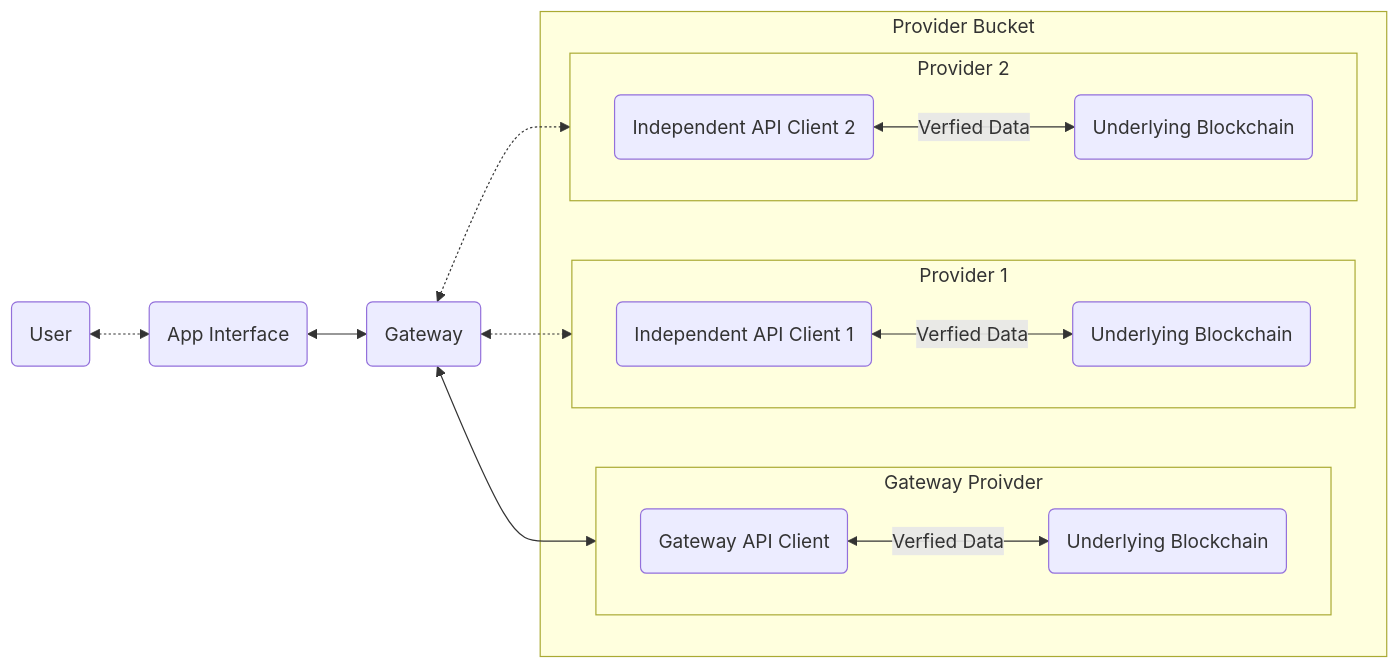
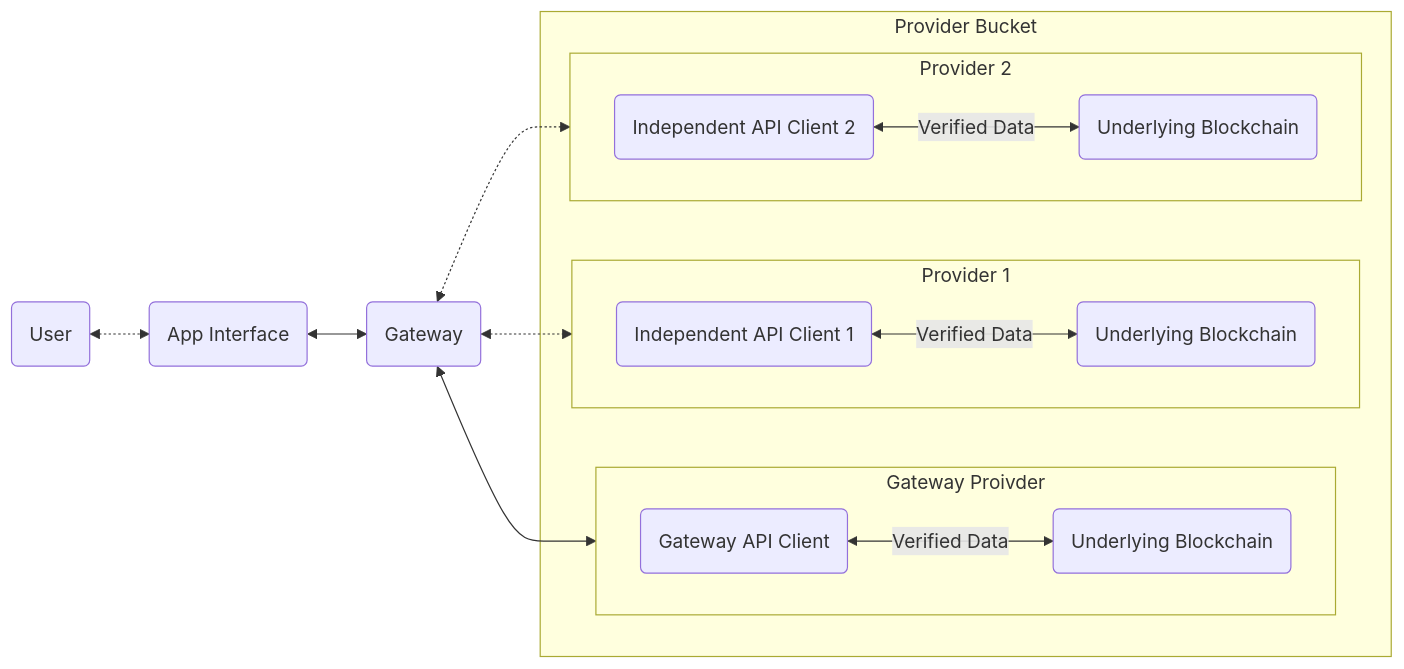
The first of 2 diagrams in litepaper.md (stateless-solutions/litepaper), drawn with Mermaid before and after one commit.

Commit message:
Update litepaper.md
Fixing typo in "verified" that was in mermaid diagram for 1.5 years

````diff
--- a/litepaper.md
+++ b/litepaper.md
@@ -107,21 +107,21 @@
 ```mermaid
 flowchart LR
     U(User)<-.->A(App Interface)
     A<-->G(Gateway)
     subgraph "Provider Bucket"
         subgraph go["Gateway Proivder"]
             direction LR
-            P0(Gateway API Client)<-->|Verfied Data|D0(Underlying Blockchain)
+            P0(Gateway API Client)<-->|Verified Data|D0(Underlying Blockchain)
         end
         subgraph po1["Provider 1"]
             direction LR
-            P1(Independent API Client 1)<-->|Verfied Data|D1(Underlying Blockchain)
+            P1(Independent API Client 1)<-->|Verified Data|D1(Underlying Blockchain)
         end
         subgraph po2["Provider 2"]
             direction LR
-            P2(Independent API Client 2)<-->|Verfied Data|D2(Underlying Blockchain)
+            P2(Independent API Client 2)<-->|Verified Data|D2(Underlying Blockchain)
         end
     end
     G<-->go
     G<-.->po1 & po2
 ```
````
